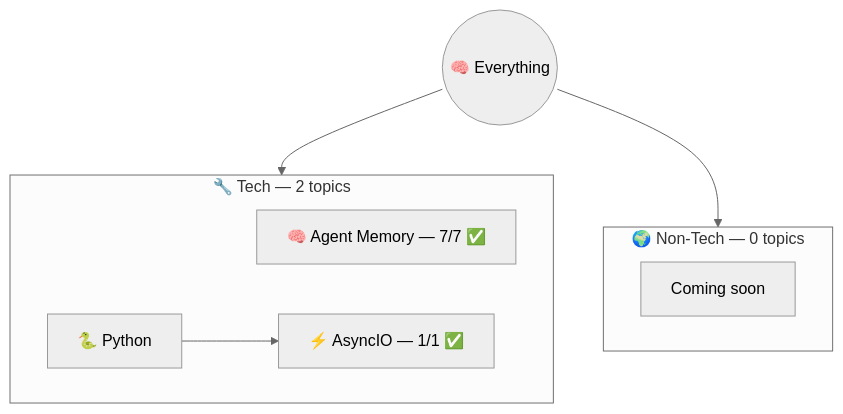
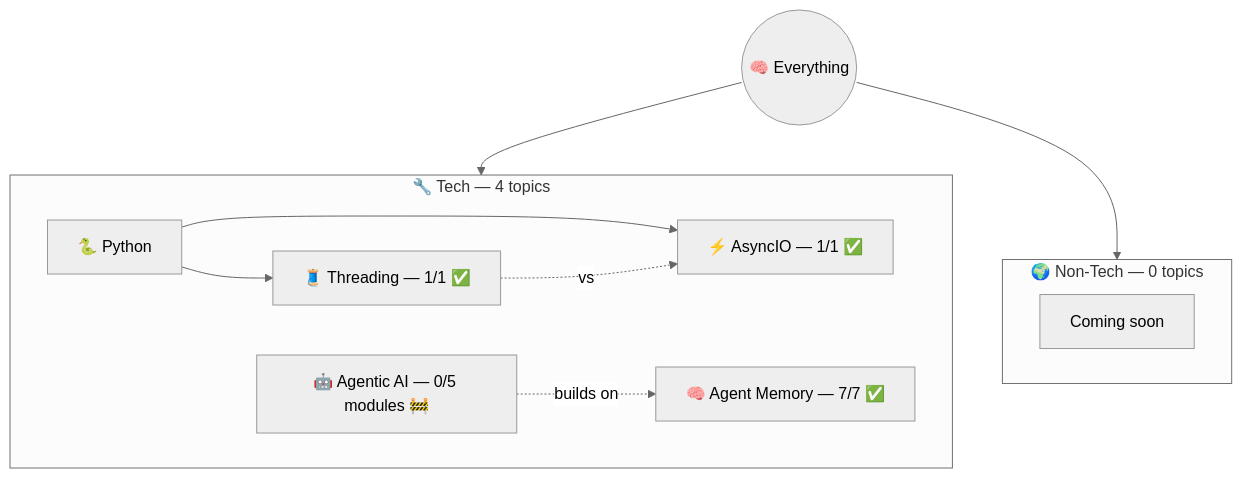
The diagram in _maps/everything.md (AyushSonuu/my-memory), drawn with Mermaid (neutral theme) before and after one commit. The commit also changed other lines of this file and 86 other files, not shown here.

Commit message:
🗺️ tier 2 sync + docs rebuild: threading + agentic-ai added to maps, nav, timeline, due-today, root README

````diff
--- a/_maps/everything.md
+++ b/_maps/everything.md
@@ -5,17 +5,21 @@
 ```mermaid
 graph TB
     ROOT(("🧠 Everything"))
     
-    subgraph TECH ["🔧 Tech — 2 topics"]
+    subgraph TECH ["🔧 Tech — 4 topics"]
+        AG["🤖 Agentic AI — 0/5 modules 🚧"]
         AM["🧠 Agent Memory — 7/7 ✅"]
         PY["🐍 Python"]
         PY --> AIO["⚡ AsyncIO — 1/1 ✅"]
+        PY --> THR["🧵 Threading — 1/1 ✅"]
+        AG -.->|"builds on"| AM
+        THR -.->|"vs"| AIO
     end
 
     subgraph NT ["🌍 Non-Tech — 0 topics"]
         NTE["Coming soon"]
     end
 
     ROOT --> TECH
     ROOT --> NT
 ```
````
